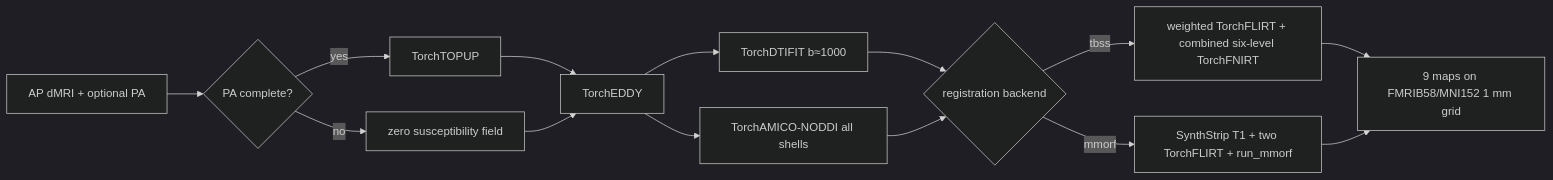
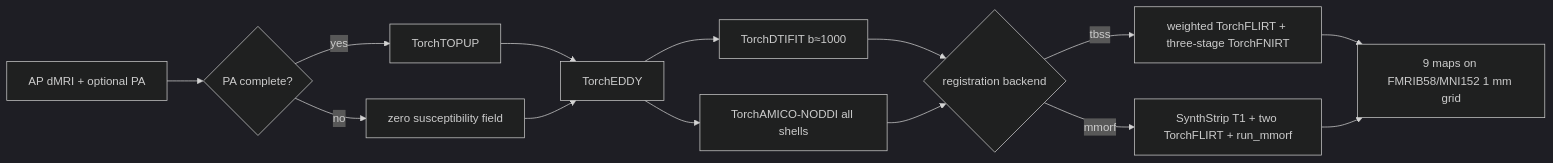
Before and after one commit to weikanggong1/Fudan-Neuroimaging-toolkit: the diagram in docs/dmri_pipeline/README.md, drawn with Mermaid (dark theme). The commit also changed other lines of this file and 52 other files, not shown here.

Commit message:
Repair TorchFNIRT TBSS and TorchMMORF parity

```diff
--- a/docs/dmri_pipeline/README.md
+++ b/docs/dmri_pipeline/README.md
@@ -7,16 +7,16 @@
 ~~~mermaid
 flowchart LR
   A[AP dMRI + optional PA] --> B{PA complete?}
   B -->|yes| C[TorchTOPUP]
   B -->|no| D[zero susceptibility field]
   C --> E[TorchEDDY]
   D --> E
   E --> F[TorchDTIFIT b≈1000]
   E --> G[TorchAMICO-NODDI all shells]
   F --> H{registration backend}
   G --> H
-  H -->|tbss| I[weighted TorchFLIRT + combined six-level TorchFNIRT]
+  H -->|tbss| I[weighted TorchFLIRT + three-stage TorchFNIRT]
   H -->|mmorf| J[SynthStrip T1 + two TorchFLIRT + run_mmorf]
   I --> K[9 maps on FMRIB58/MNI152 1 mm grid]
   J --> K
 ~~~
```
